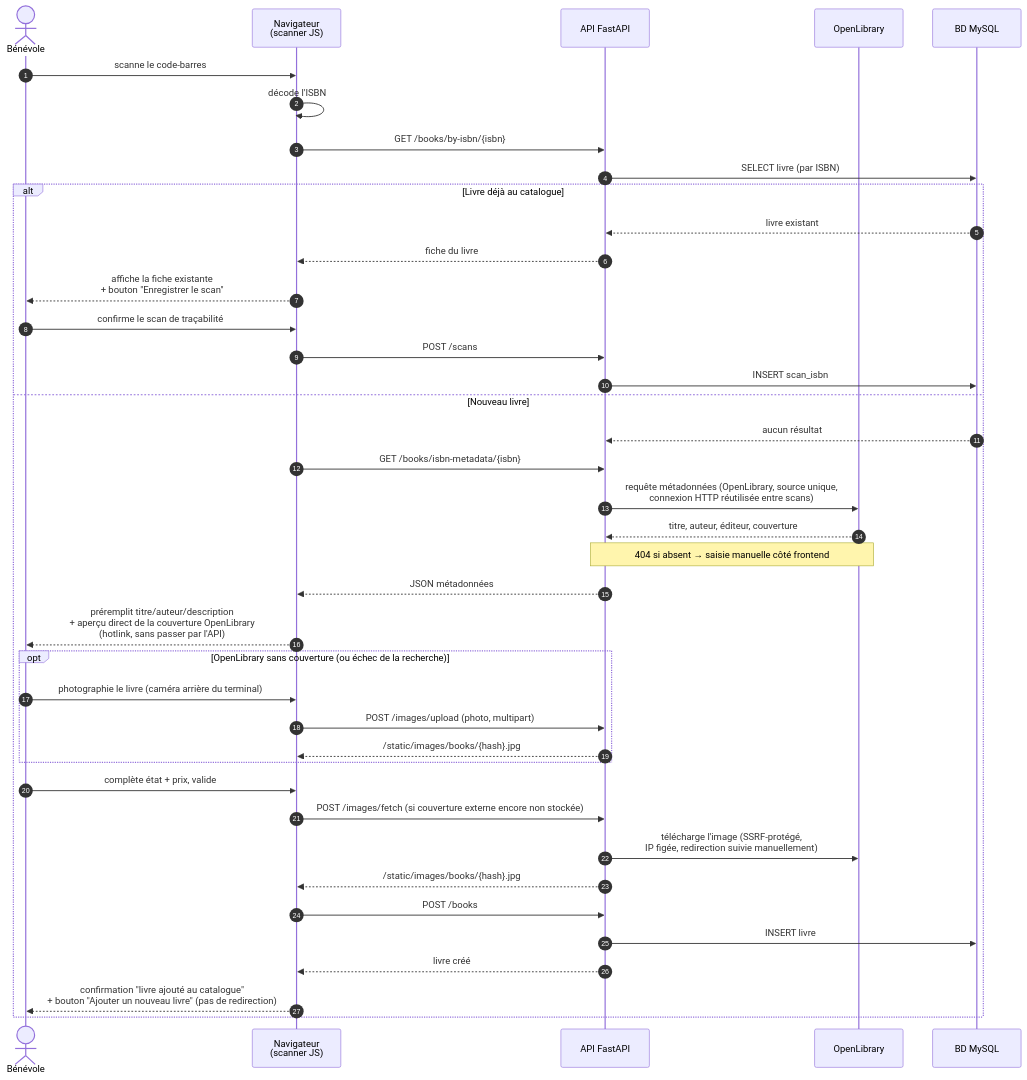
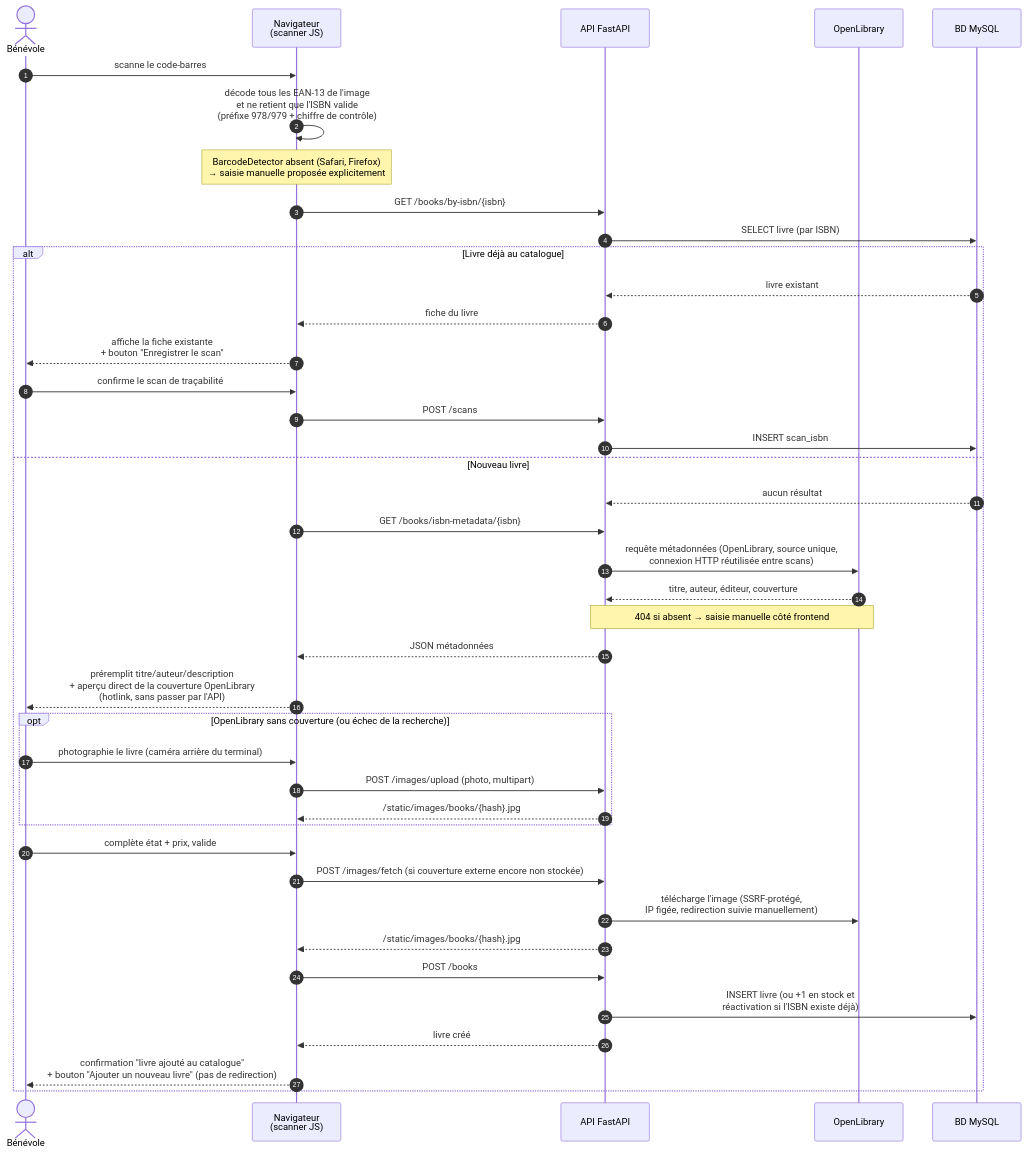
Before and after one commit to Visualstudiocodetest/caribooks: the diagram in diagrams/sequence_isbn.mmd, drawn with Mermaid. The commit also changed 37 other files, not shown here.

First line of the commit message:
Fix cart/payment race, sold-stock accounting, ISBN scan and privilege escalation

```diff
--- a/diagrams/sequence_isbn.mmd
+++ b/diagrams/sequence_isbn.mmd
@@ -1,43 +1,44 @@
 %% Diagramme de séquence — Scan ISBN, préremplissage et création du livre
 sequenceDiagram
     autonumber
     actor Ben as Bénévole
     participant Nav as Navigateur<br/>(scanner JS)
     participant API as API FastAPI
     participant OL as OpenLibrary
     participant BD as BD MySQL
 
     Ben->>Nav: scanne le code-barres
-    Nav->>Nav: décode l'ISBN
+    Nav->>Nav: décode tous les EAN-13 de l'image<br/>et ne retient que l'ISBN valide<br/>(préfixe 978/979 + chiffre de contrôle)
+    note over Nav: BarcodeDetector absent (Safari, Firefox)<br/>→ saisie manuelle proposée explicitement
     Nav->>API: GET /books/by-isbn/{isbn}
     API->>BD: SELECT livre (par ISBN)
 
     alt Livre déjà au catalogue
         BD-->>API: livre existant
         API-->>Nav: fiche du livre
         Nav-->>Ben: affiche la fiche existante<br/>+ bouton "Enregistrer le scan"
         Ben->>Nav: confirme le scan de traçabilité
         Nav->>API: POST /scans
         API->>BD: INSERT scan_isbn
     else Nouveau livre
         BD-->>API: aucun résultat
         Nav->>API: GET /books/isbn-metadata/{isbn}
         API->>OL: requête métadonnées (OpenLibrary, source unique,<br/>connexion HTTP réutilisée entre scans)
         OL-->>API: titre, auteur, éditeur, couverture
         note over API,OL: 404 si absent → saisie manuelle côté frontend
         API-->>Nav: JSON métadonnées
         Nav-->>Ben: préremplit titre/auteur/description<br/>+ aperçu direct de la couverture OpenLibrary<br/>(hotlink, sans passer par l'API)
         opt OpenLibrary sans couverture (ou échec de la recherche)
             Ben->>Nav: photographie le livre (caméra arrière du terminal)
             Nav->>API: POST /images/upload (photo, multipart)
             API-->>Nav: /static/images/books/{hash}.jpg
         end
         Ben->>Nav: complète état + prix, valide
         Nav->>API: POST /images/fetch (si couverture externe encore non stockée)
         API->>OL: télécharge l'image (SSRF-protégé,<br/>IP figée, redirection suivie manuellement)
         API-->>Nav: /static/images/books/{hash}.jpg
         Nav->>API: POST /books
-        API->>BD: INSERT livre
+        API->>BD: INSERT livre (ou +1 en stock et<br/>réactivation si l'ISBN existe déjà)
         API-->>Nav: livre créé
         Nav-->>Ben: confirmation "livre ajouté au catalogue"<br/>+ bouton "Ajouter un nouveau livre" (pas de redirection)
     end
```
